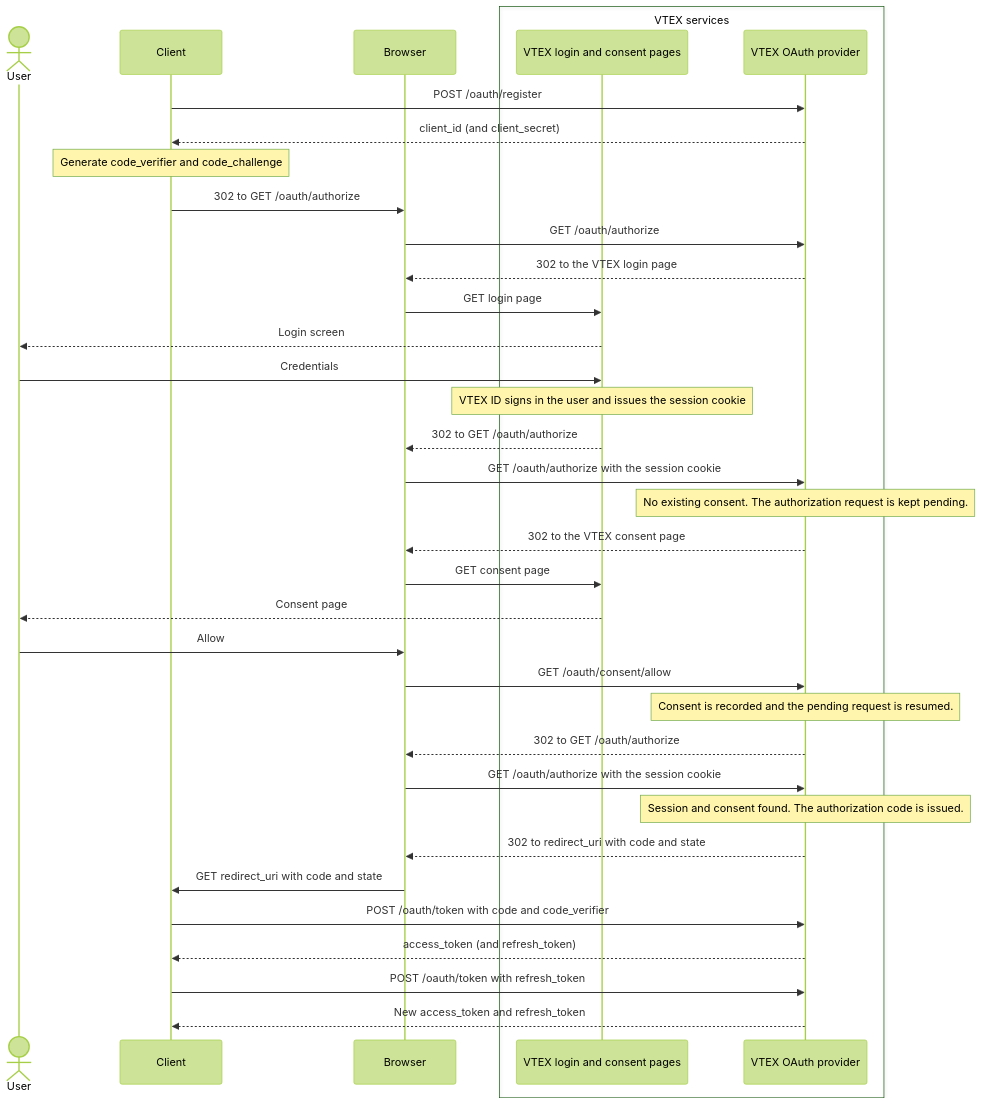
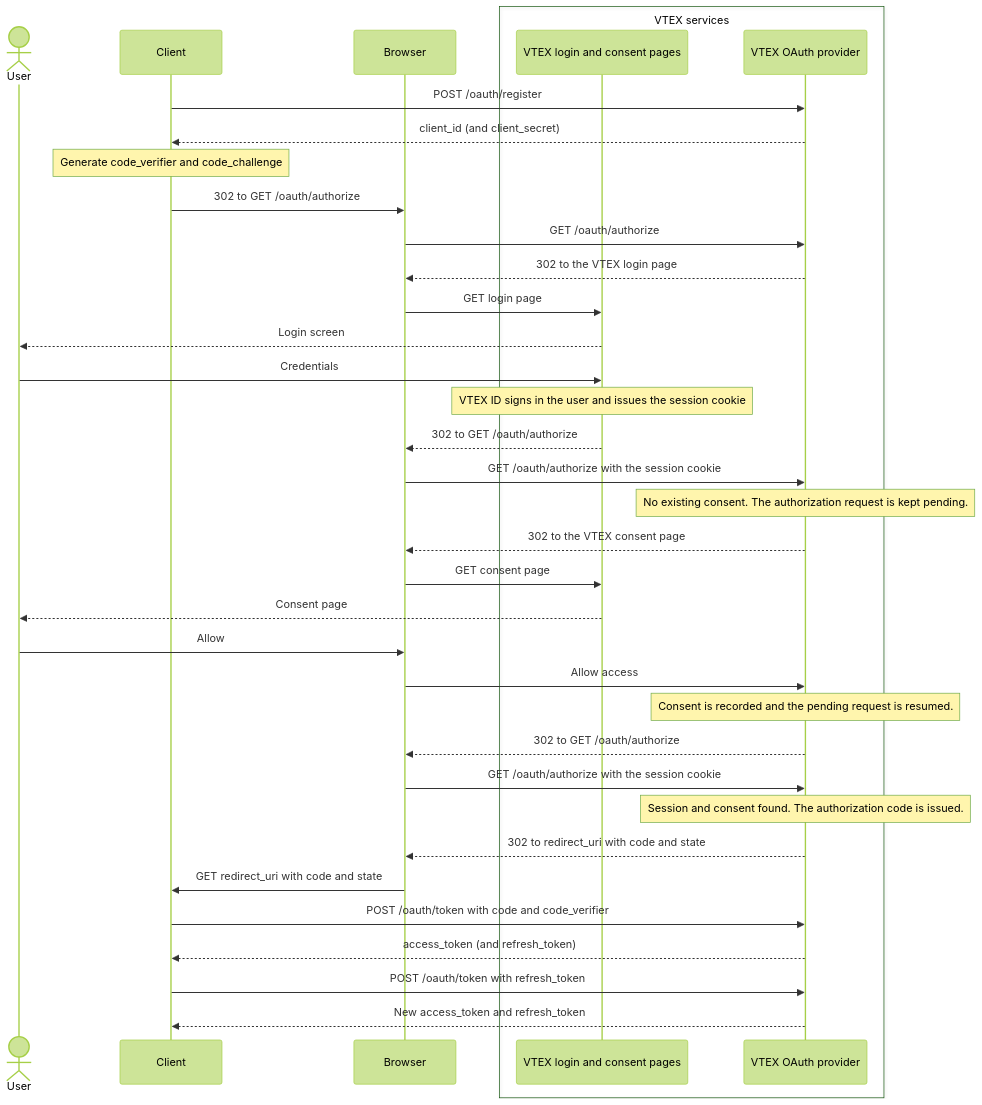
Before and after one commit to vtexdocs/dev-portal-content: the diagram in docs/guides/Getting-Started/authentication/vtex-oauth-provider.md, drawn with Mermaid (forest theme). The commit also changed other lines of this file, not shown here.

First line of the commit message:
update: remove JWKS and internal endpoint mentions from OAuth provider guide

````diff
--- a/docs/guides/Getting-Started/authentication/vtex-oauth-provider.md
+++ b/docs/guides/Getting-Started/authentication/vtex-oauth-provider.md
@@ -47,39 +46,39 @@
 ```mermaid
 sequenceDiagram
 actor User
 participant C as Client
 participant B as Browser
 box VTEX services
 participant L as VTEX login and consent pages
 participant O as VTEX OAuth provider
 end
 
 C->>O: POST /oauth/register
 O-->>C: client_id (and client_secret)
 Note over C: Generate code_verifier and code_challenge
 C->>B: 302 to GET /oauth/authorize
 B->>O: GET /oauth/authorize
 O-->>B: 302 to the VTEX login page
 B->>L: GET login page
 L-->>User: Login screen
 User->>L: Credentials
 Note over L: VTEX ID signs in the user and issues the session cookie
 L-->>B: 302 to GET /oauth/authorize
 B->>O: GET /oauth/authorize with the session cookie
 Note over O: No existing consent. The authorization request is kept pending.
 O-->>B: 302 to the VTEX consent page
 B->>L: GET consent page
 L-->>User: Consent page
 User->>B: Allow
-B->>O: GET /oauth/consent/allow
+B->>O: Allow access
 Note over O: Consent is recorded and the pending request is resumed.
 O-->>B: 302 to GET /oauth/authorize
 B->>O: GET /oauth/authorize with the session cookie
 Note over O: Session and consent found. The authorization code is issued.
 O-->>B: 302 to redirect_uri with code and state
 B->>C: GET redirect_uri with code and state
 C->>O: POST /oauth/token with code and code_verifier
 O-->>C: access_token (and refresh_token)
 C->>O: POST /oauth/token with refresh_token
 O-->>C: New access_token and refresh_token
 ```
````
